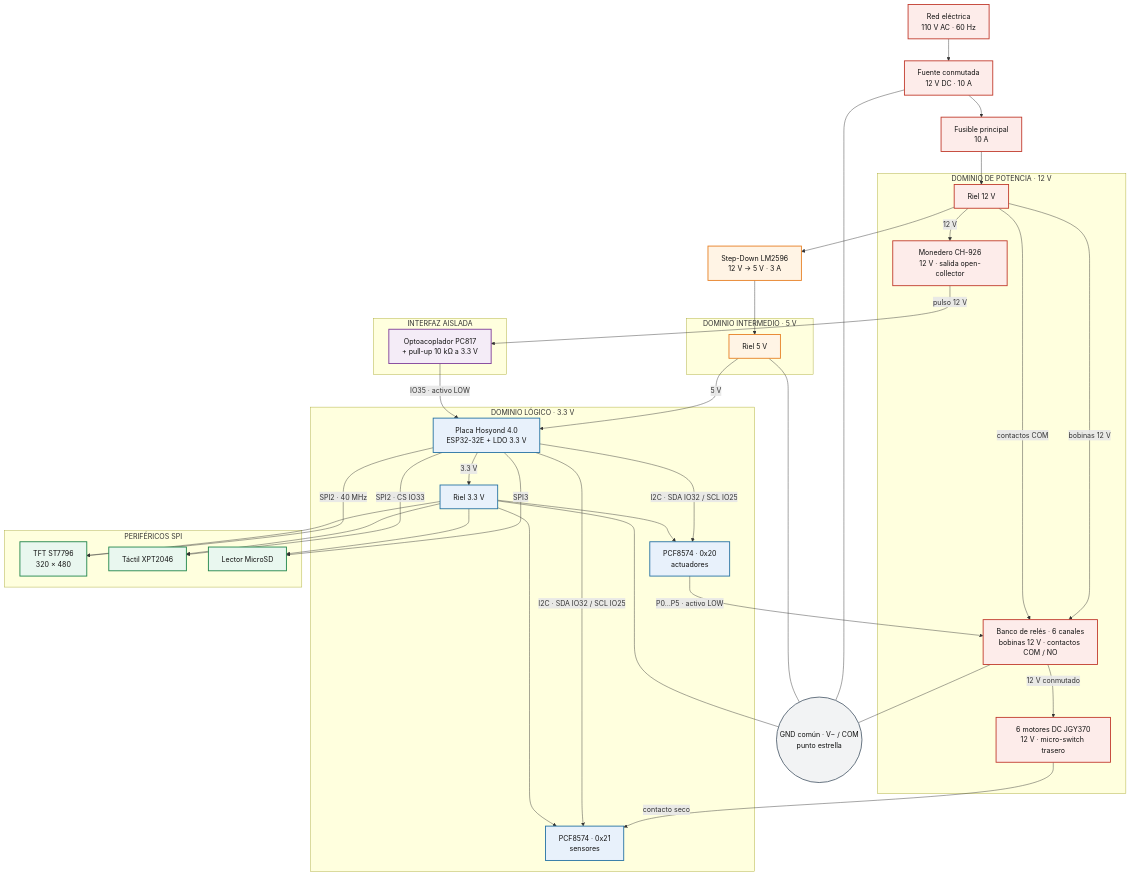
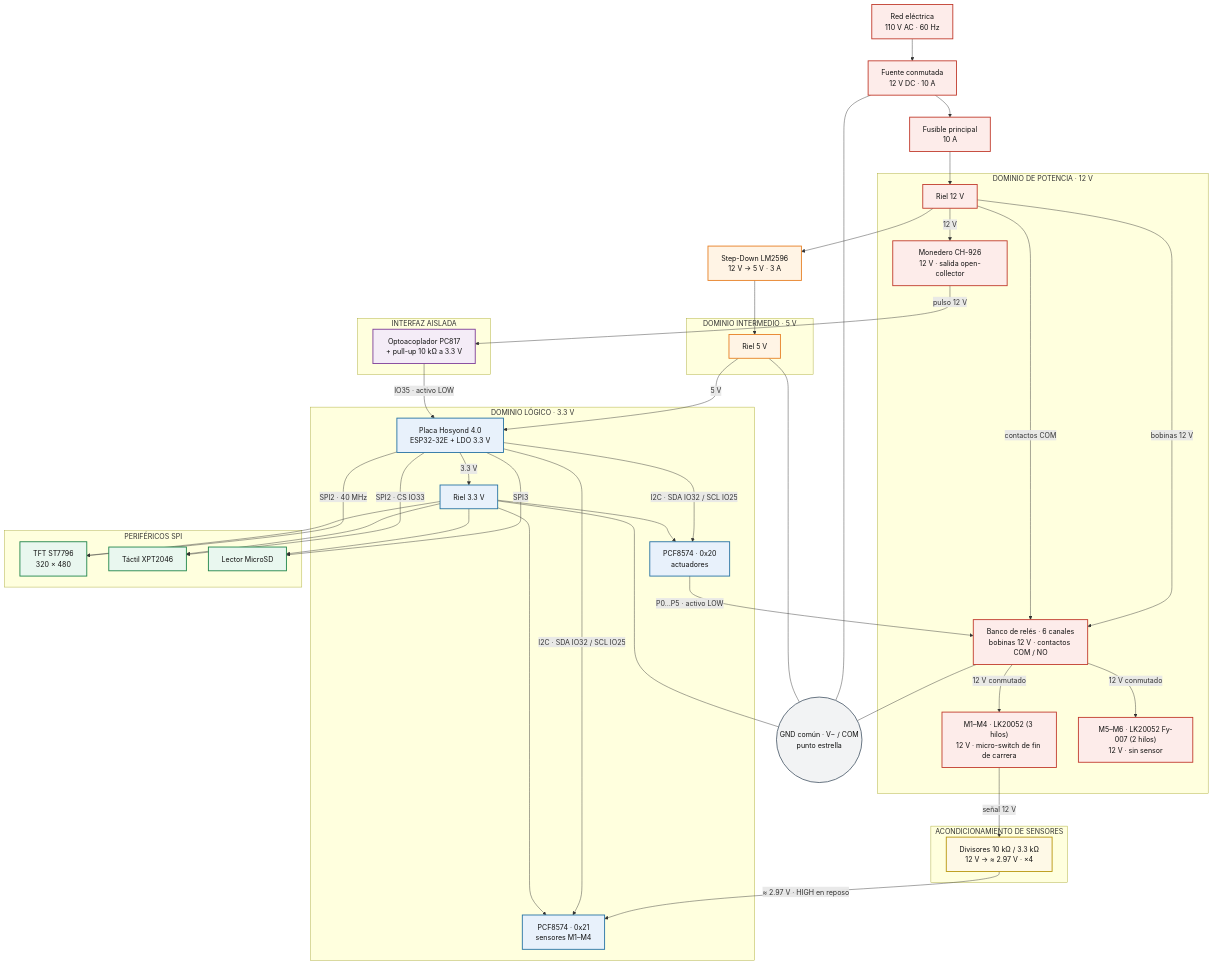
Before and after one commit to yeremybautista77/Maquina_Expendedora: the first of 3 diagrams in Diseño_electronico/ARQUITECTURA_HARDWARE.md, drawn with Mermaid. The commit also changed other lines of this file and 5 other files, not shown here.

````diff
--- a/Diseño_electronico/ARQUITECTURA_HARDWARE.md
+++ b/Diseño_electronico/ARQUITECTURA_HARDWARE.md
@@ -19,7 +19,12 @@
         R12["Riel 12 V"]
         COIN["Monedero CH-926<br/>12 V · salida open-collector"]
         RELAYS["Banco de relés · 6 canales<br/>bobinas 12 V · contactos COM / NO"]
-        MOTORS["6 motores DC JGY370<br/>12 V · micro-switch trasero"]
+        MOTORS_S["M1–M4 · LK20052 (3 hilos)<br/>12 V · micro-switch de fin de carrera"]
+        MOTORS_T["M5–M6 · LK20052 Fy-007 (2 hilos)<br/>12 V · sin sensor"]
+    end
+
+    subgraph COND["ACONDICIONAMIENTO DE SENSORES"]
+        DIV["Divisores 10 kΩ / 3.3 kΩ<br/>12 V → ≈ 2.97 V · ×4"]
     end
 
     subgraph MID["DOMINIO INTERMEDIO · 5 V"]
@@ -30,7 +35,7 @@
         ESP["Placa Hosyond 4.0<br/>ESP32-32E + LDO 3.3 V"]
         P33["Riel 3.3 V"]
         M20["PCF8574 · 0x20<br/>actuadores"]
-        M21["PCF8574 · 0x21<br/>sensores"]
+        M21["PCF8574 · 0x21<br/>sensores M1–M4"]
     end
 
     subgraph ISO["INTERFAZ AISLADA"]
@@ -54,8 +59,10 @@
     R12 -->|"12 V"| COIN
     R12 -->|"bobinas 12 V"| RELAYS
     R12 -->|"contactos COM"| RELAYS
-    RELAYS -->|"12 V conmutado"| MOTORS
-    MOTORS -->|"contacto seco"| M21
+    RELAYS -->|"12 V conmutado"| MOTORS_S
+    RELAYS -->|"12 V conmutado"| MOTORS_T
+    MOTORS_S -->|"señal 12 V"| DIV
+    DIV -->|"≈ 2.97 V · HIGH en reposo"| M21
     M20 -->|"P0…P5 · activo LOW"| RELAYS
 
     COIN -->|"pulso 12 V"| OPTO
@@ -83,12 +90,14 @@
     classDef logic fill:#e8f1fb,stroke:#2471a3,stroke-width:2px,color:#111
     classDef iso fill:#f4ecf7,stroke:#7d3c98,stroke-width:2px,color:#111
     classDef periph fill:#e9f7ef,stroke:#1e8449,stroke-width:2px,color:#111
+    classDef cond fill:#fef9e7,stroke:#b7950b,stroke-width:2px,color:#111
     classDef neutral fill:#f2f3f4,stroke:#566573,stroke-width:2px,color:#111
 
-    class AC,PSU,FUSE,R12,COIN,RELAYS,MOTORS power
+    class AC,PSU,FUSE,R12,COIN,RELAYS,MOTORS_S,MOTORS_T power
     class BUCK,R5 mid
     class ESP,P33,M20,M21 logic
     class OPTO iso
     class TFT,TOUCH,SD periph
+    class DIV cond
     class STAR neutral
 ```
````
